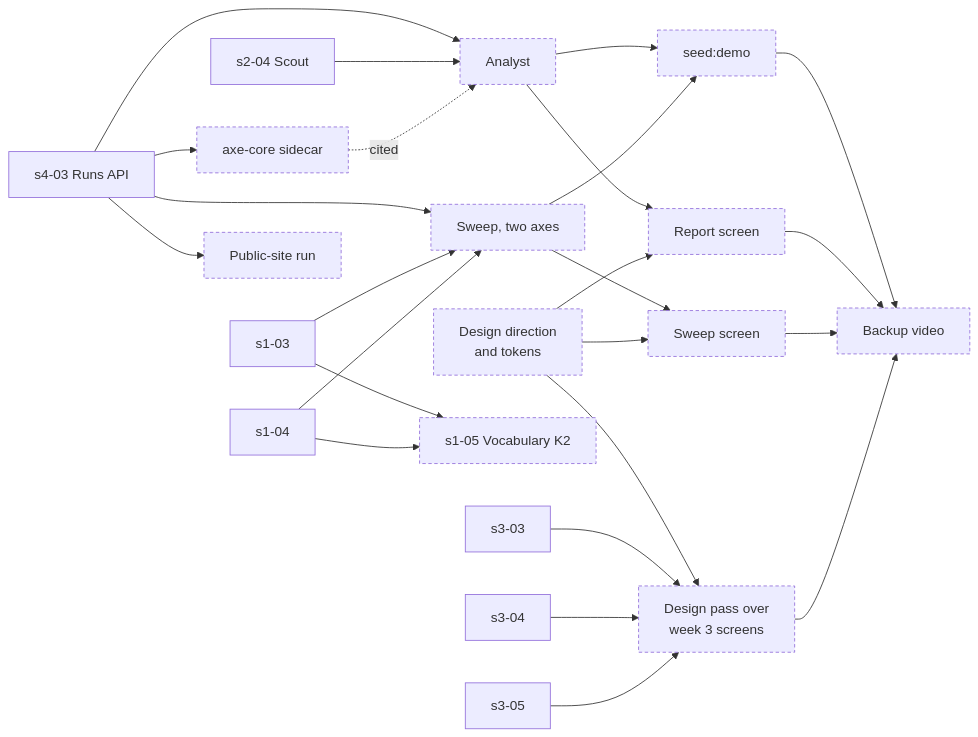
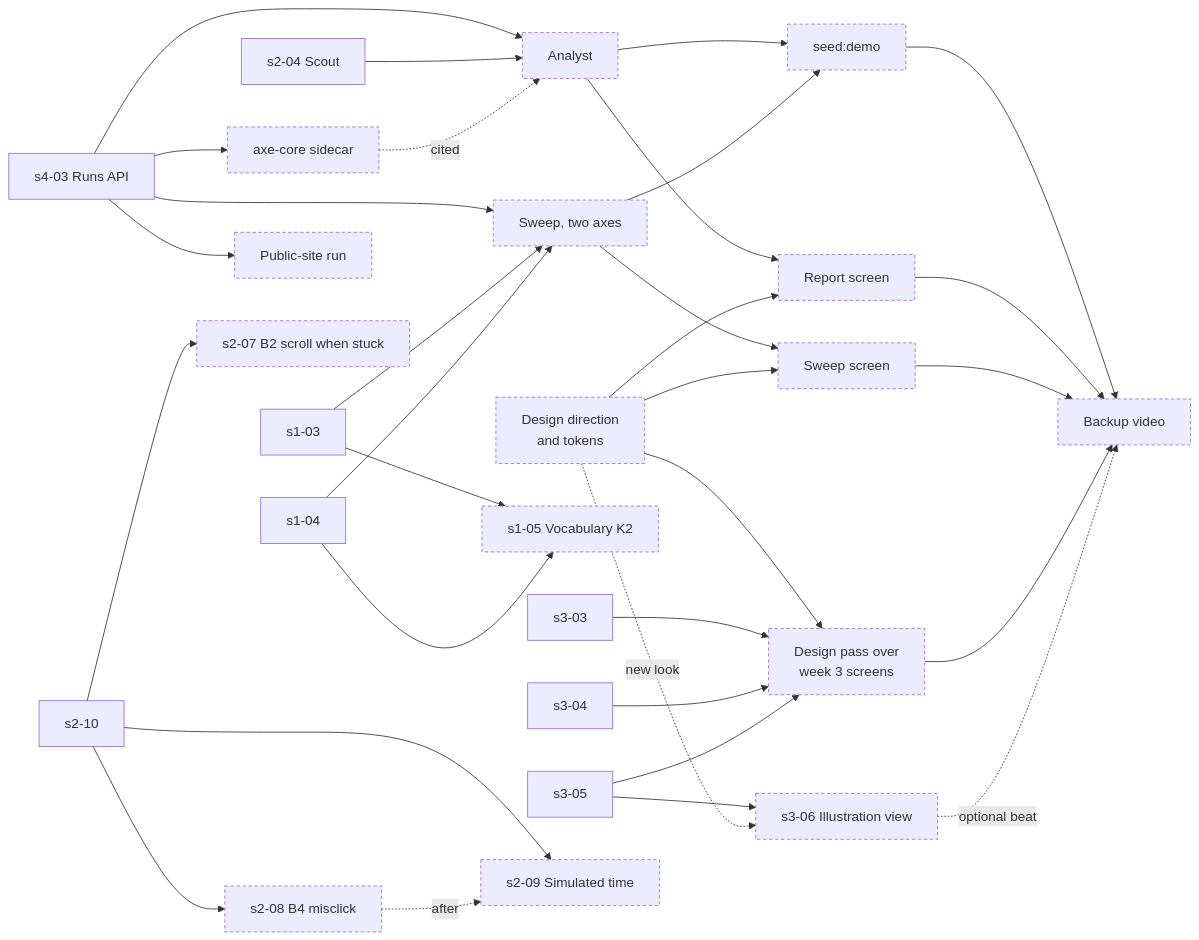
The second of 2 diagrams in docs/ROADMAP.md (CShark-Hub/wayford), drawn with Mermaid before and after one commit. The commit also changed other lines of this file and 9 other files, not shown here.

First line of the commit message:
Plan: week 4 tasks (illustration view, behaviour rules) and the 90-second demo script (#137)

````diff
--- a/docs/ROADMAP.md
+++ b/docs/ROADMAP.md
@@ -182,51 +186,63 @@
 ```mermaid
 flowchart LR
   classDef prelim stroke-dasharray:4 3
 
   s1_03["s1-03"]
   s1_04["s1-04"]
   s2_04["s2-04 Scout"]
   s4_03["s4-03 Runs API"]
   s3_03["s3-03"]
   s3_04["s3-04"]
   s3_05["s3-05"]
+  s2_10["s2-10"]
 
   s1_05["s1-05 Vocabulary K2"]
   design["Design direction<br/>and tokens"]
   analyst["Analyst"]
   report["Report screen"]
   sweep["Sweep, two axes"]
   sweepUI["Sweep screen"]
   axe["axe-core sidecar"]
   pass["Design pass over<br/>week 3 screens"]
   demo["seed:demo"]
   site["Public-site run"]
   video["Backup video"]
+  s3_06["s3-06 Illustration view"]
+  s2_07["s2-07 B2 scroll when stuck"]
+  s2_08["s2-08 B4 misclick"]
+  s2_09["s2-09 Simulated time"]
 
   s1_03 --> s1_05
   s1_04 --> s1_05
   s4_03 --> analyst
   s2_04 --> analyst
   axe -. cited .-> analyst
   s4_03 --> axe
   s4_03 --> sweep
   s1_03 --> sweep
   s1_04 --> sweep
   s4_03 --> site
   analyst --> report
   design --> report
   sweep --> sweepUI
   design --> sweepUI
   design --> pass
   s3_03 --> pass
   s3_04 --> pass
   s3_05 --> pass
   analyst --> demo
   sweep --> demo
   demo --> video
   report --> video
   sweepUI --> video
   pass --> video
+  s3_05 --> s3_06
+  design -. new look .-> s3_06
+  s3_06 -. optional beat .-> video
+  s2_10 --> s2_07
+  s2_10 --> s2_08
+  s2_10 --> s2_09
+  s2_08 -. after .-> s2_09
 
-  class s1_05,design,analyst,report,sweep,sweepUI,axe,pass,demo,site,video prelim
+  class s1_05,design,analyst,report,sweep,sweepUI,axe,pass,demo,site,video,s3_06,s2_07,s2_08,s2_09 prelim
 ```
````
